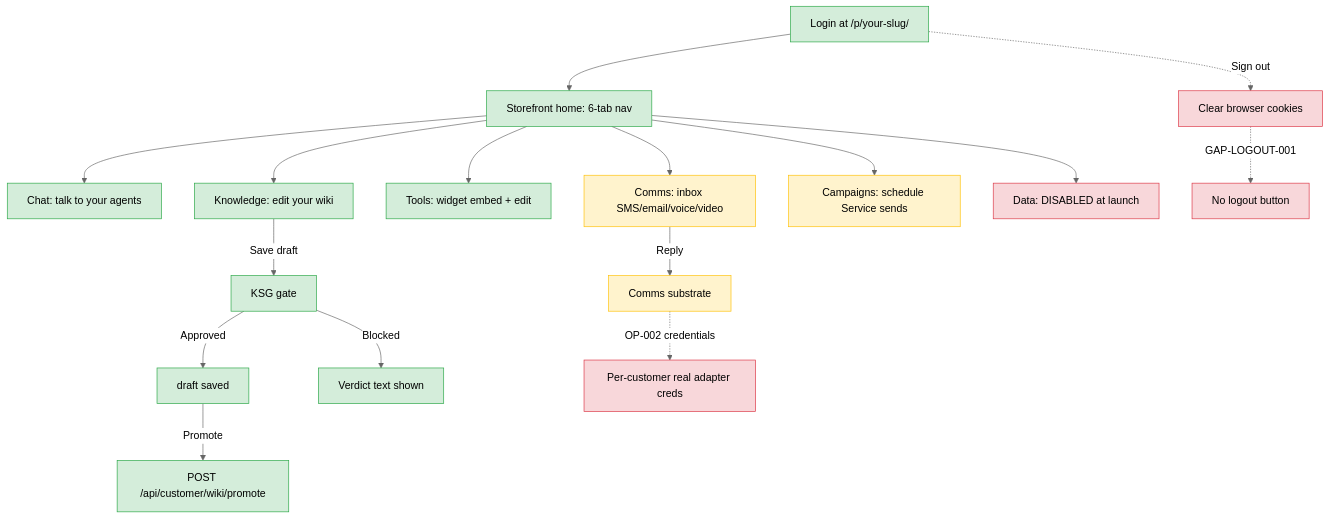
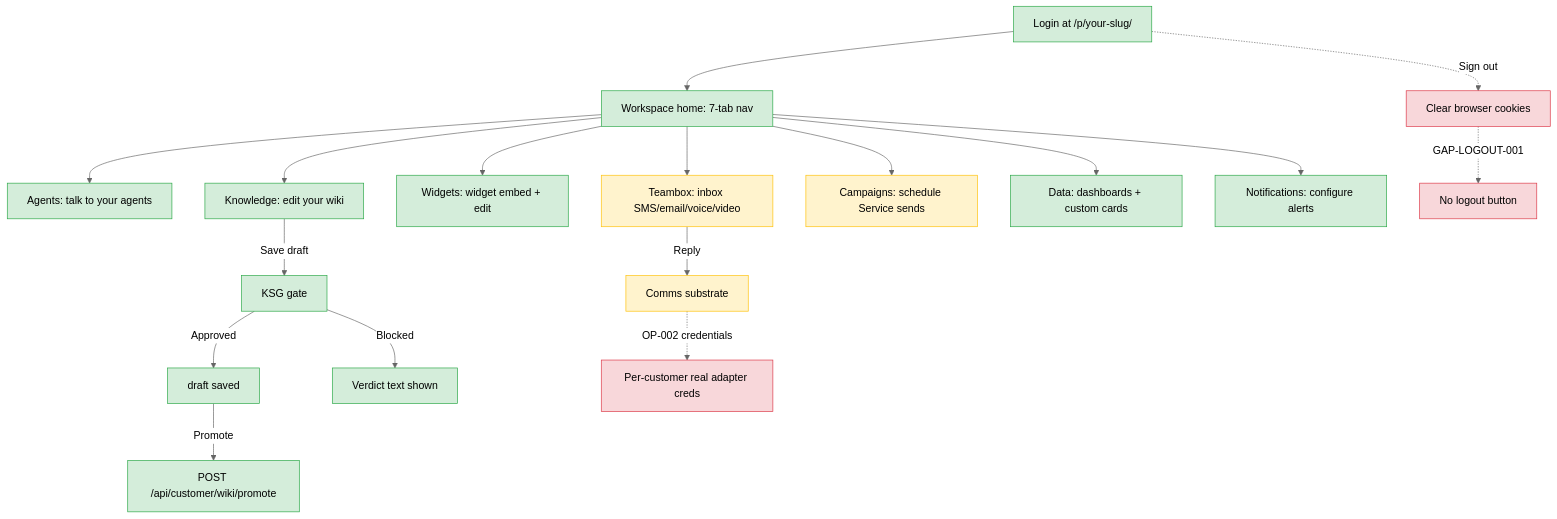
One commit to Huminic/Hermes-Studio changed the diagram in docs/launch/manuals/customer-admin-guide.md. Above: the diagram before and after it, drawn with Mermaid (neutral theme). The commit also changed other lines of this file and 6 other files, not shown here.

````diff
--- a/docs/launch/manuals/customer-admin-guide.md
+++ b/docs/launch/manuals/customer-admin-guide.md
@@ -13,25 +13,26 @@
 ```mermaid
 flowchart TD
-    L[Login at /p/your-slug/]:::ok --> H[Storefront home: 6-tab nav]:::ok
-    H --> C[Chat: talk to your agents]:::ok
+    L[Login at /p/your-slug/]:::ok --> H[Workspace home: 7-tab nav]:::ok
+    H --> C[Agents: talk to your agents]:::ok
     H --> K[Knowledge: edit your wiki]:::ok
-    H --> T[Tools: widget embed + edit]:::ok
-    H --> CO[Comms: inbox SMS/email/voice/video]:::partial
+    H --> T[Widgets: widget embed + edit]:::ok
+    H --> CO[Teambox: inbox SMS/email/voice/video]:::partial
     H --> CP[Campaigns: schedule Service sends]:::partial
-    H --> D[Data: DISABLED at launch]:::gap
+    H --> D[Data: dashboards + custom cards]:::ok
+    H --> N[Notifications: configure alerts]:::ok
 
     K -->|Save draft| KSG[KSG gate]:::ok
     KSG -->|Approved| KD[draft saved]:::ok
     KSG -->|Blocked| KV[Verdict text shown]:::ok
     KD -->|Promote| KP[POST /api/customer/wiki/promote]:::ok
 
     CO -->|Reply| CMS[Comms substrate]:::partial
     CMS -.->|OP-002 credentials| Gap1[Per-customer real adapter creds]:::gap
 
     L -.->|Sign out| LO[Clear browser cookies]:::gap
     LO -.->|GAP-LOGOUT-001| Gap2[No logout button]:::gap
 
     classDef ok fill:#d4edda,stroke:#28a745,color:#000
     classDef partial fill:#fff3cd,stroke:#ffc107,color:#000
     classDef gap fill:#f8d7da,stroke:#dc3545,color:#000
 ```
````
